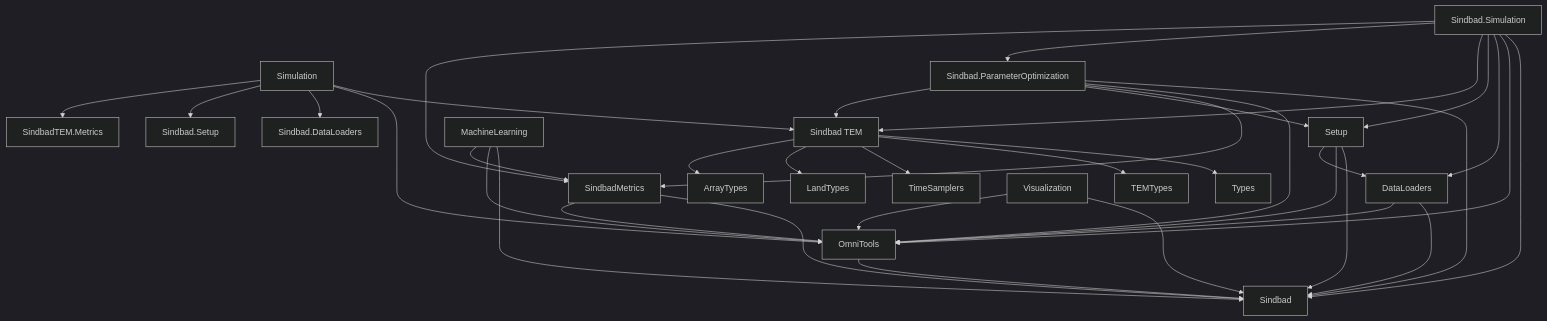
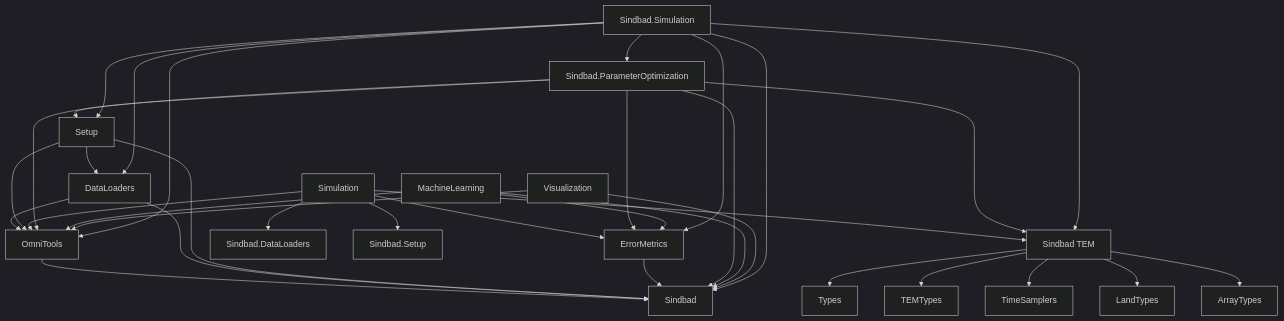
One commit to LandEcosystems/Sindbad changed the diagram in docs/src/pages/code/overview.md. Above: the diagram before and after it, drawn with Mermaid (dark theme). The commit also changed other lines of this file and 9 other files, not shown here.

````diff
--- a/docs/src/pages/code/overview.md
+++ b/docs/src/pages/code/overview.md
@@ -70,50 +74,49 @@
 ```mermaid
 graph TD
     %% Main Sindbad package
     SindbadTEM[Sindbad TEM] --> Types[Types]
     
     %% Core dependencies
     SindbadTEM --> TEMTypes[TEMTypes]
     SindbadTEM --> TimeSamplers[TimeSamplers]
     SindbadTEM --> LandTypes[LandTypes]
     SindbadTEM --> ArrayTypes[ArrayTypes]
     
     %% Lib packages
     OmniTools[OmniTools] --> Sindbad
     DataLoaders[DataLoaders] --> Sindbad
     DataLoaders --> OmniTools
     
     Setup[Setup] --> Sindbad
     Setup --> OmniTools
     Setup --> DataLoaders
     
-    SindbadMetrics[SindbadMetrics] --> Sindbad
-    SindbadMetrics --> OmniTools
+    ErrorMetrics[ErrorMetrics] --> Sindbad
     
     Simulation[Simulation] --> SindbadTEM
     Simulation --> OmniTools
     Simulation --> Sindbad.DataLoaders
     Simulation --> Sindbad.Setup
-    Simulation --> SindbadTEM.Metrics
+    Simulation --> ErrorMetrics
     
     Sindbad.ParameterOptimization[Sindbad.ParameterOptimization] --> Sindbad
     Sindbad.ParameterOptimization --> OmniTools
-    Sindbad.ParameterOptimization --> SindbadMetrics
+    Sindbad.ParameterOptimization --> ErrorMetrics
     Sindbad.ParameterOptimization --> Setup
     Sindbad.ParameterOptimization --> SindbadTEM
     
     MachineLearning[MachineLearning] --> Sindbad
     MachineLearning --> OmniTools
-    MachineLearning --> SindbadMetrics
+    MachineLearning --> ErrorMetrics
     
     Visualization[Visualization] --> Sindbad
     Visualization --> OmniTools
     
     Sindbad.Simulation[Sindbad.Simulation] --> Sindbad
     Sindbad.Simulation --> OmniTools
     Sindbad.Simulation --> DataLoaders
     Sindbad.Simulation --> Setup
     Sindbad.Simulation --> SindbadTEM
     Sindbad.Simulation --> Sindbad.ParameterOptimization
-    Sindbad.Simulation --> SindbadMetrics    
+    Sindbad.Simulation --> ErrorMetrics    
 ```
````
